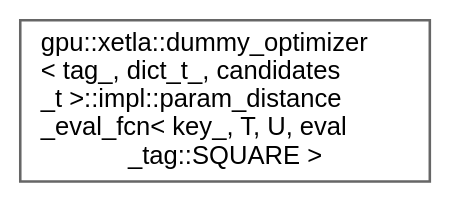
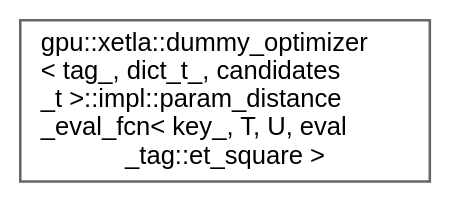
Before and after one commit to intel/xetla: the diagram in docs/inherit_graph_57.dot, drawn with Graphviz. The commit also changed 313 other files, not shown here.

```diff
--- a/docs/inherit_graph_57.dot
+++ b/docs/inherit_graph_57.dot
@@ -1,9 +1,9 @@
 digraph "Graphical Class Hierarchy"
 {
  // LATEX_PDF_SIZE
   bgcolor="transparent";
   edge [fontname=Helvetica,fontsize=10,labelfontname=Helvetica,labelfontsize=10];
   node [fontname=Helvetica,fontsize=10,shape=box,height=0.2,width=0.4];
   rankdir="LR";
-  Node0 [id="Node000000",label="gpu::xetla::dummy_optimizer\l\< tag_, dict_t_, candidates\l_t \>::impl::param_distance\l_eval_fcn\< key_, T, U, eval\l_tag::SQUARE \>",height=0.2,width=0.4,color="grey40", fillcolor="white", style="filled",URL="$structgpu_1_1xetla_1_1dummy__optimizer_1_1impl_1_1param__distance__eval__fcn_3_01key___00_01T_00a37914fa388560171a38c280e64c0b51.html",tooltip=" "];
+  Node0 [id="Node000000",label="gpu::xetla::dummy_optimizer\l\< tag_, dict_t_, candidates\l_t \>::impl::param_distance\l_eval_fcn\< key_, T, U, eval\l_tag::et_square \>",height=0.2,width=0.4,color="grey40", fillcolor="white", style="filled",URL="$structgpu_1_1xetla_1_1dummy__optimizer_1_1impl_1_1param__distance__eval__fcn_3_01key___00_01T_008291e38b90bd807882ffa9ca8b13418d.html",tooltip=" "];
 }
```
